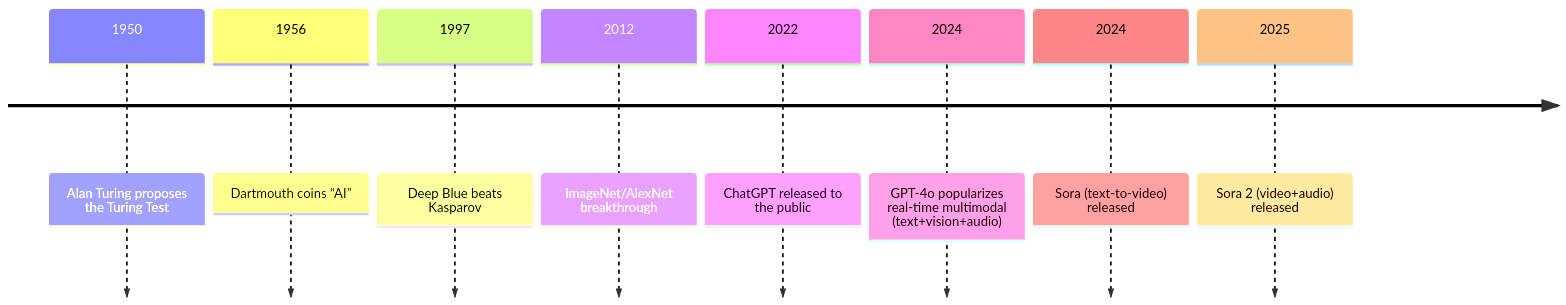
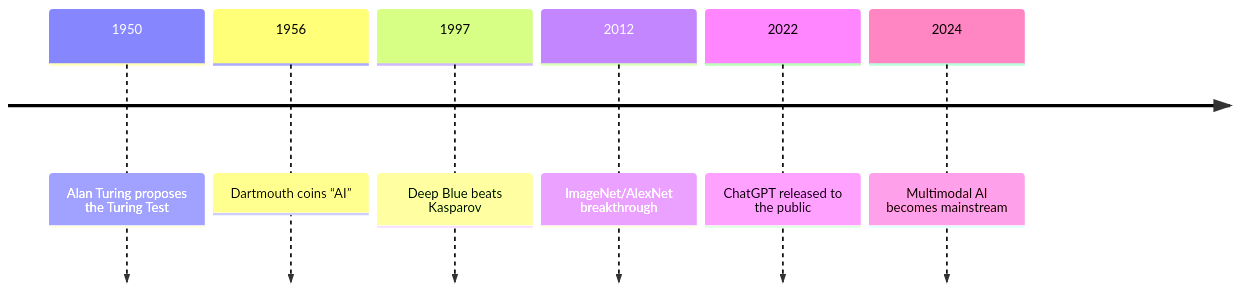
Before and after one commit to gtuck/3hr-ai-workshop: the first of 2 diagrams in slides.md, drawn with Mermaid. The commit also changed other lines of this file, not shown here.

````diff
--- a/slides.md
+++ b/slides.md
@@ -181,11 +174,9 @@
 ```mermaid
 timeline
   1950 : Alan Turing proposes the Turing Test
   1956 : Dartmouth coins “AI”
   1997 : Deep Blue beats Kasparov
   2012 : ImageNet/AlexNet breakthrough
   2022 : ChatGPT released to the public
-  2024 : GPT‑4o popularizes real‑time multimodal (text+vision+audio)
-  2024 : Sora (text‑to‑video) released
-  2025 : Sora 2 (video+audio) released
+  2024 : Multimodal AI becomes mainstream
 ```
````
